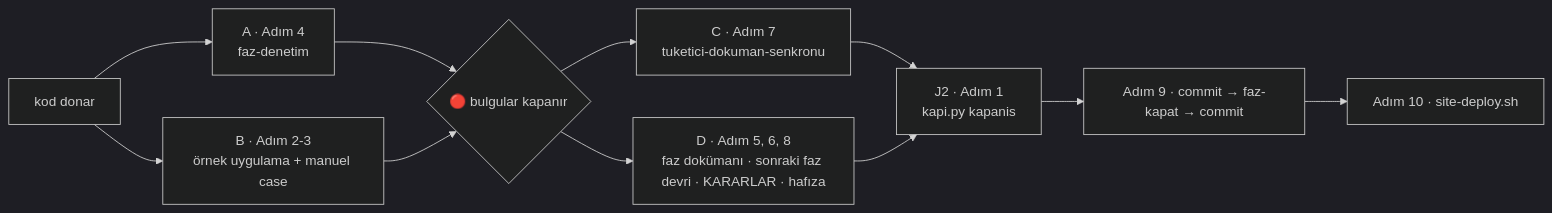
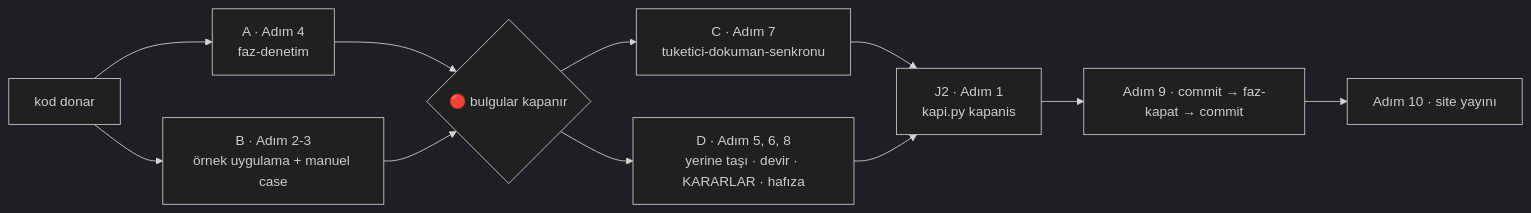
One commit to farukatasoy/Tracon changed the diagram in .agents/skills/faz-tamamlama/SKILL.md. Above: the diagram before and after it, drawn with Mermaid (dark theme). The commit also changed other lines of this file and 17 other files, not shown here.

````diff
--- a/.agents/skills/faz-tamamlama/SKILL.md
+++ b/.agents/skills/faz-tamamlama/SKILL.md
@@ -19,15 +39,15 @@
 ```mermaid
 flowchart LR
     accTitle: Paralellestirilmis faz kapanisi
-    accDescr: Kod donduktan sonra denetim ve ornek uygulama kosumu ayni anda kosar. Kirmizi bulgular kapandiktan sonra site senkronu ve dokuman hizalama yine ayni anda kosar. Tek kapi kosucusu ve yayin en sonda birlesir.
+    accDescr: Kod donduktan sonra denetim ve ornek uygulama kosumu ayni anda kosar. Kirmizi bulgular kapandiktan sonra site senkronu ve dokuman isleri yine ayni anda kosar. Kapi, commit ve faz-kapat en sonda birlesir.
     KOD["kod donar"] --> A["A · Adım 4<br/>faz-denetim"]
     KOD --> B["B · Adım 2-3<br/>örnek uygulama + manuel case"]
     A --> J1{"🔴 bulgular kapanır"}
     B --> J1
     J1 --> C["C · Adım 7<br/>tuketici-dokuman-senkronu"]
-    J1 --> D["D · Adım 5, 6, 8<br/>faz dokümanı · sonraki faz devri · KARARLAR · hafıza"]
+    J1 --> D["D · Adım 5, 6, 8<br/>yerine taşı · devir · KARARLAR · hafıza"]
     C --> J2["J2 · Adım 1<br/>kapi.py kapanis"]
     D --> J2
     J2 --> K["Adım 9 · commit → faz-kapat → commit"]
-    K --> Y["Adım 10 · site-deploy.sh"]
+    K --> Y["Adım 10 · site yayını"]
 ```
````
